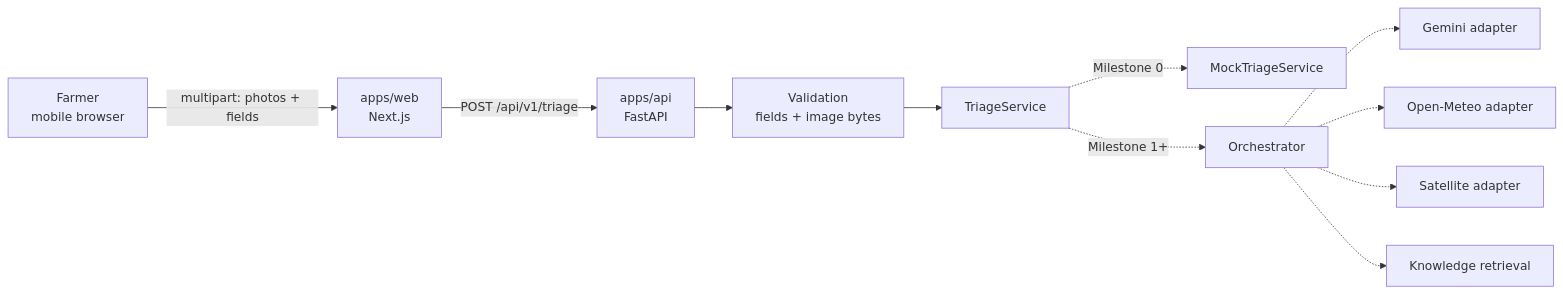
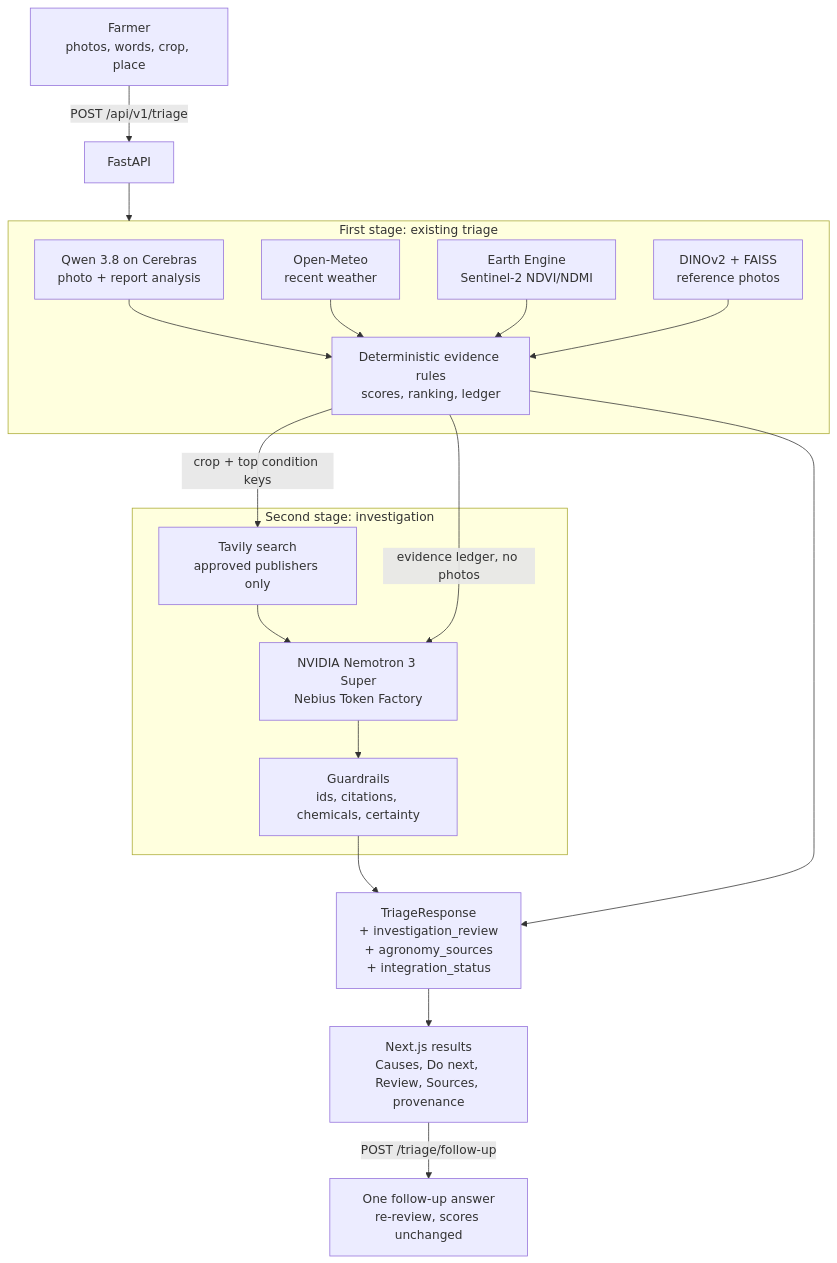
Before and after one commit to jayeshrajani/RootCause-Hackathon: the diagram in docs/architecture.md, drawn with Mermaid. The commit also changed other lines of this file and 6 other files, not shown here.

First line of the commit message:
docs: hackathon README, timeline, demo script, API contract and MIT licence

````diff
--- a/docs/architecture.md
+++ b/docs/architecture.md
@@ -5,13 +5,28 @@
 ```mermaid
-flowchart LR
-  F[Farmer<br/>mobile browser] -->|multipart: photos + fields| W[apps/web<br/>Next.js]
-  W -->|POST /api/v1/triage| A[apps/api<br/>FastAPI]
-  A --> V[Validation<br/>fields + image bytes]
-  V --> S[TriageService]
-  S -.Milestone 0.-> M[MockTriageService]
-  S -.Milestone 1+.-> O[Orchestrator]
-  O -.-> G[Gemini adapter]
-  O -.-> WX[Open-Meteo adapter]
-  O -.-> SAT[Satellite adapter]
-  O -.-> K[Knowledge retrieval]
+flowchart TD
+  F[Farmer<br/>photos, words, crop, place] -->|POST /api/v1/triage| A[FastAPI]
+  subgraph S1[First stage: existing triage]
+    V[Qwen 3.8 on Cerebras<br/>photo + report analysis]
+    WX[Open-Meteo<br/>recent weather]
+    SAT[Earth Engine<br/>Sentinel-2 NDVI/NDMI]
+    REF[DINOv2 + FAISS<br/>reference photos]
+    R[Deterministic evidence rules<br/>scores, ranking, ledger]
+    V --> R
+    WX --> R
+    SAT --> R
+    REF --> R
+  end
+  A --> S1
+  subgraph S2[Second stage: investigation]
+    T[Tavily search<br/>approved publishers only]
+    N[NVIDIA Nemotron 3 Super<br/>Nebius Token Factory]
+    G[Guardrails<br/>ids, citations, chemicals, certainty]
+    T --> N --> G
+  end
+  R -->|crop + top condition keys| T
+  R -->|evidence ledger, no photos| N
+  G --> OUT[TriageResponse<br/>+ investigation_review<br/>+ agronomy_sources<br/>+ integration_status]
+  R --> OUT
+  OUT --> W[Next.js results<br/>Causes, Do next, Review, Sources, provenance]
+  W -->|POST /triage/follow-up| FU[One follow-up answer<br/>re-review, scores unchanged]
 ```
````
